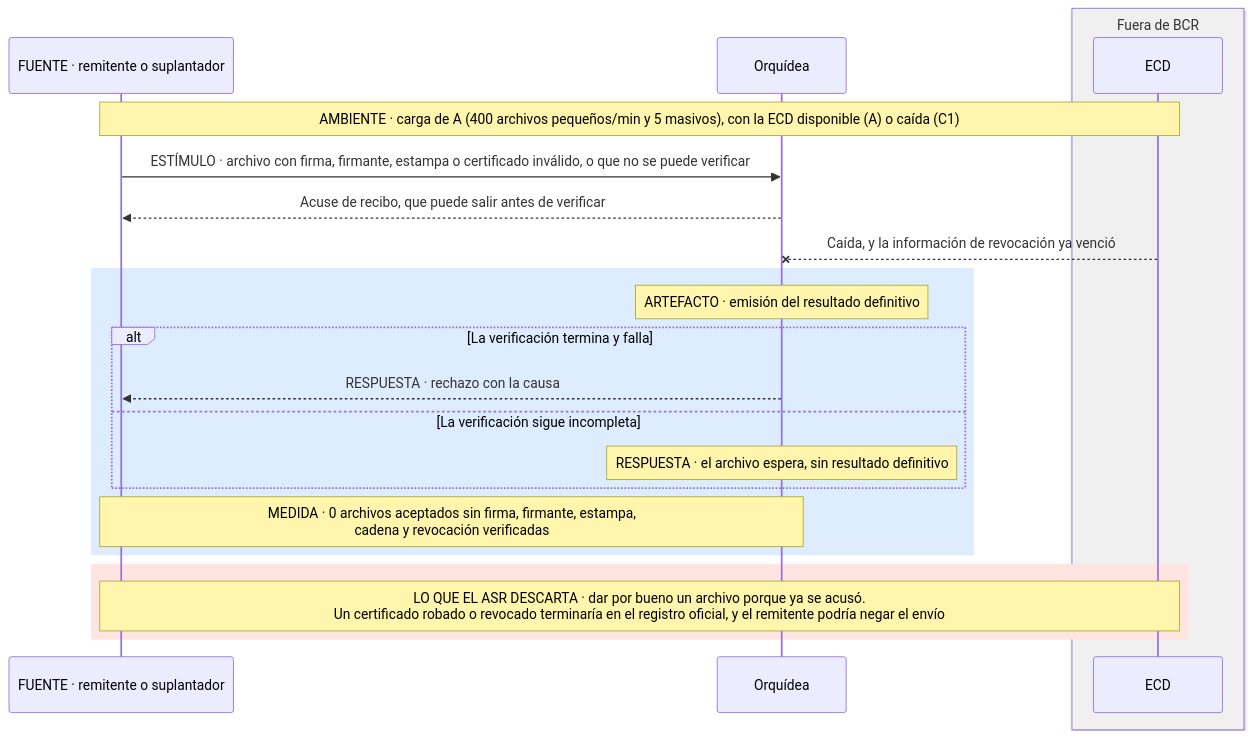
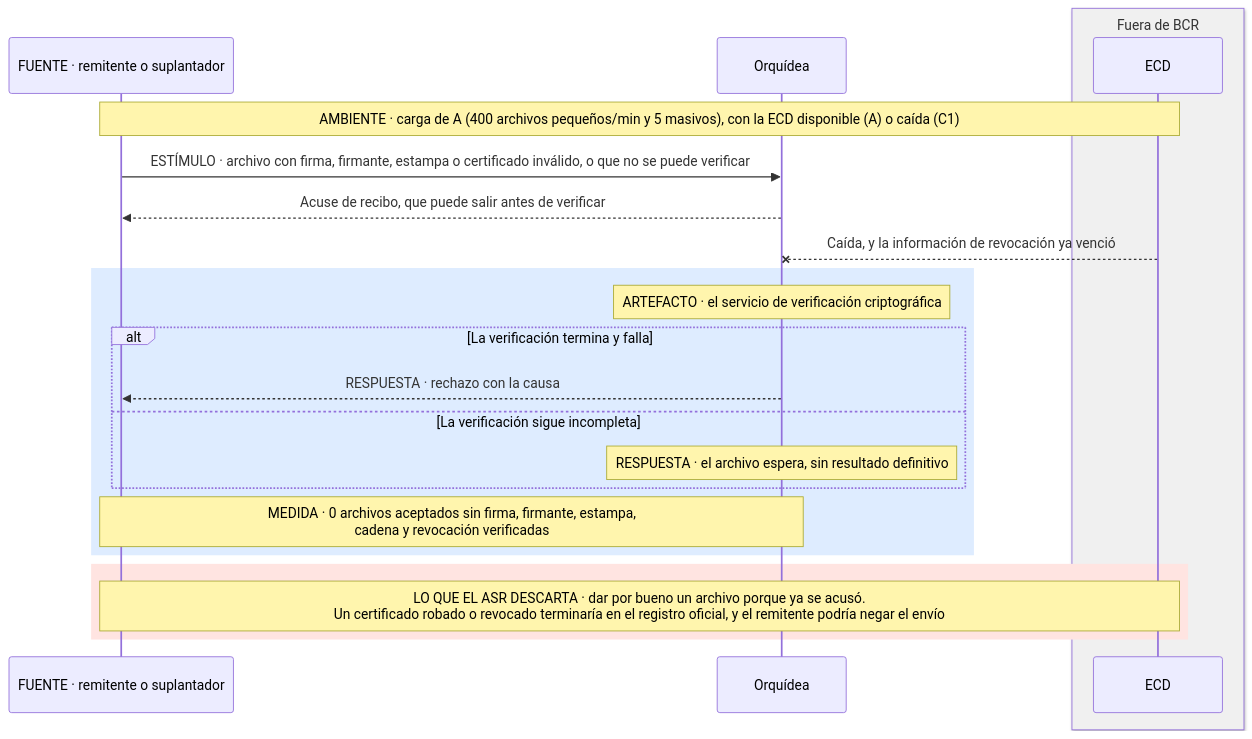
The third of 17 diagrams in docs/quality-attributes.md (MATI-MBIT/arqsoft-reto-4), drawn with Mermaid before and after one commit. The commit also changed other lines of this file and 3 other files, not shown here.

````diff
--- a/docs/quality-attributes.md
+++ b/docs/quality-attributes.md
@@ -250,24 +250,24 @@
 ```mermaid
 sequenceDiagram
     participant R as FUENTE · remitente o suplantador
     participant O as Orquídea
     box rgb(240,240,240) Fuera de BCR
     participant E as ECD
     end
     Note over R,E: AMBIENTE · carga de A (400 archivos pequeños/min y 5 masivos), con la ECD disponible (A) o caída (C1)
     R->>O: ESTÍMULO · archivo con firma, firmante, estampa o certificado inválido, o que no se puede verificar
     O-->>R: Acuse de recibo, que puede salir antes de verificar
     E--xO: Caída, y la información de revocación ya venció
     rect rgb(222, 236, 255)
-    Note over O: ARTEFACTO · emisión del resultado definitivo
+    Note over O: ARTEFACTO · el servicio de verificación criptográfica
     alt La verificación termina y falla
         O-->>R: RESPUESTA · rechazo con la causa
     else La verificación sigue incompleta
         Note over O: RESPUESTA · el archivo espera, sin resultado definitivo
     end
     Note over R,O: MEDIDA · 0 archivos aceptados sin firma, firmante, estampa,<br/>cadena y revocación verificadas
     end
     rect rgb(255, 228, 225)
     Note over R,E: LO QUE EL ASR DESCARTA · dar por bueno un archivo porque ya se acusó.<br/>Un certificado robado o revocado terminaría en el registro oficial, y el remitente podría negar el envío
     end
 ```
````
